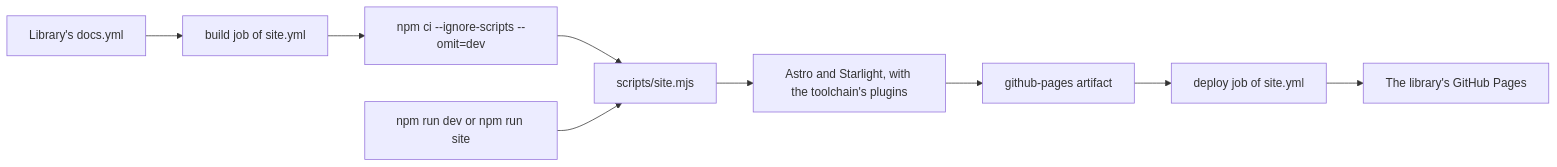
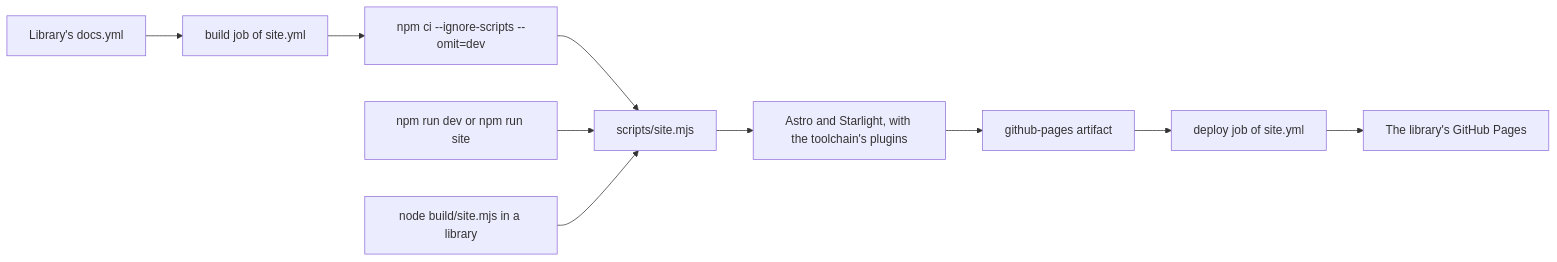
Before and after one commit to NCodeGroup/docs: the diagram in docs/architecture.md, drawn with Mermaid. The commit also changed other lines of this file and 2 other files, not shown here.

Commit message:
Plan step 3: Document the launcher

````diff
--- a/docs/architecture.md
+++ b/docs/architecture.md
@@ -13,9 +14,10 @@
 ```mermaid
 flowchart LR
   caller["Library's docs.yml"] --> build["build job of site.yml"]
   build --> install["npm ci --ignore-scripts --omit=dev"] --> script["scripts/site.mjs"]
   local["npm run dev or npm run site"] --> script
+  launcher["node build/site.mjs in a library"] --> script
   script --> astro["Astro and Starlight, with the toolchain's plugins"]
   astro --> artifact["github-pages artifact"]
   artifact --> deploy["deploy job of site.yml"] --> pages["The library's GitHub Pages"]
 ```
````
